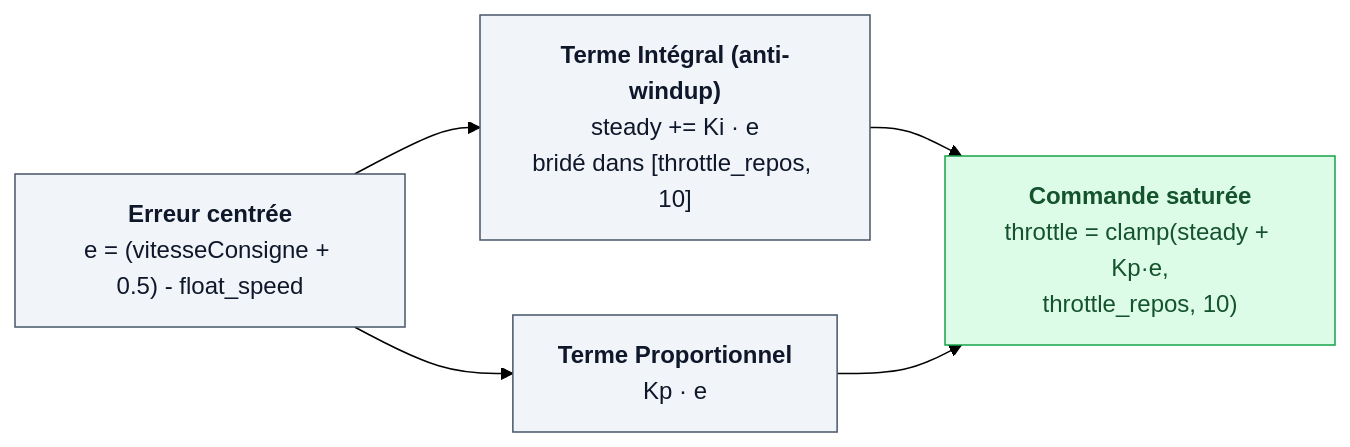
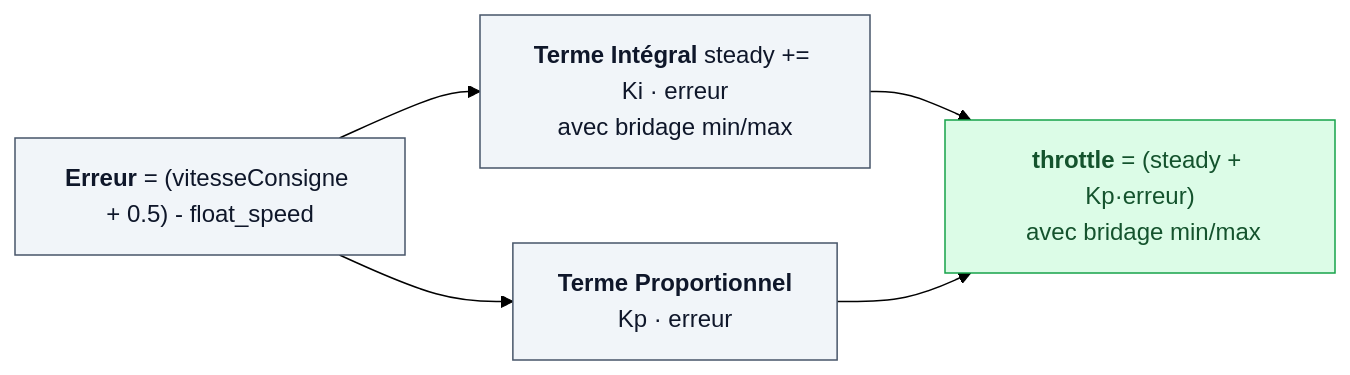
Before and after one commit to benoitdekeyn/E4SE_TD_TP: the second of 9 diagrams in systemes_evenements_discrets/Rapport/Rapport.md, drawn with Mermaid (forest theme). The commit also changed other lines of this file and 2 other files, not shown here.

````diff
--- a/systemes_evenements_discrets/Rapport/Rapport.md
+++ b/systemes_evenements_discrets/Rapport/Rapport.md
@@ -499,15 +506,15 @@
 ```mermaid
 flowchart LR
-    ERR["`**Erreur centrée**<br/>e = (vitesseConsigne + 0.5) - float_speed`"]
-    I["`**Terme Intégral (anti-windup)**<br/>steady += Ki · e<br/>bridé dans [throttle_repos, 10]`"]
-    P["`**Terme Proportionnel**<br/>Kp · e`"]
-    SUM["`**Commande saturée**<br/>throttle = clamp(steady + Kp·e,<br/>throttle_repos, 10)`"]
+    ERR["`**Erreur** = (vitesseConsigne + 0.5) - float_speed`"]
+    I["`**Terme Intégral** steady += Ki · erreur<br/>avec bridage min/max`"]
+    P["`**Terme Proportionnel**<br/>Kp · erreur`"]
+    SUM["`**throttle** = (steady + Kp·erreur)<br/> avec bridage min/max`"]
 
     ERR --> I --> SUM
     ERR --> P --> SUM
 
     classDef blk fill:#f1f5f9,stroke:#475569,color:#0f172a
     classDef out fill:#dcfce7,stroke:#16a34a,color:#14532d
     class ERR,I,P blk
     class SUM out
 ```
````
